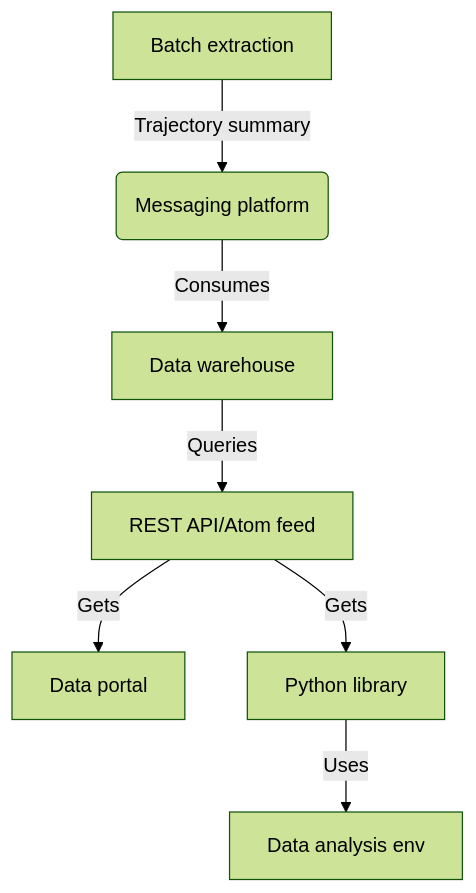
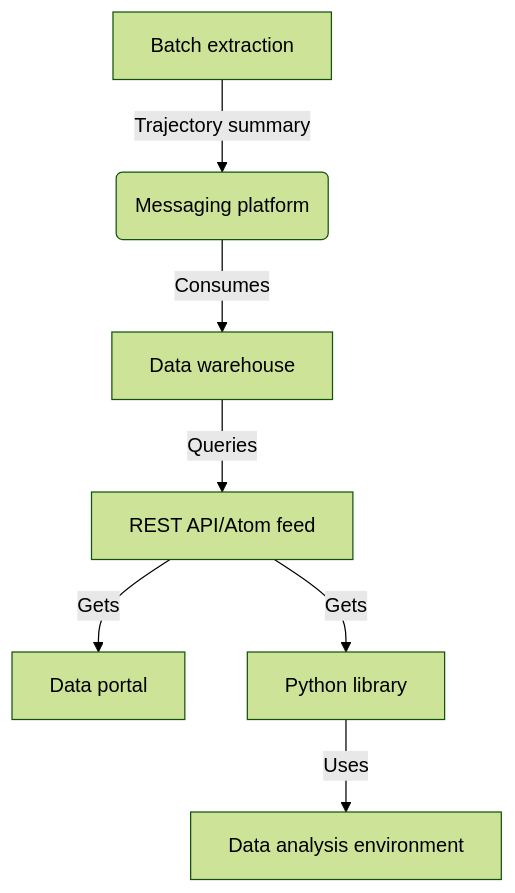
One commit to gmn-data-platform/gmn-data-platform changed the diagram in README.md. Above: the diagram before and after it, drawn with Mermaid (forest theme).

Commit message:
env -> environment

````diff
--- a/README.md
+++ b/README.md
@@ -28,10 +28,10 @@
 ```mermaid
 flowchart TD
  
 A[Batch extraction] -->|Trajectory summary| B(Messaging platform)
 B -->|Consumes| D[Data warehouse]
 D -->|Queries| E[REST API/Atom feed]
 E -->|Gets| F[Data portal]
 E -->|Gets| G[Python library]
-G -->|Uses| H[Data analysis env]
+G -->|Uses| H[Data analysis environment]
 ```
````
